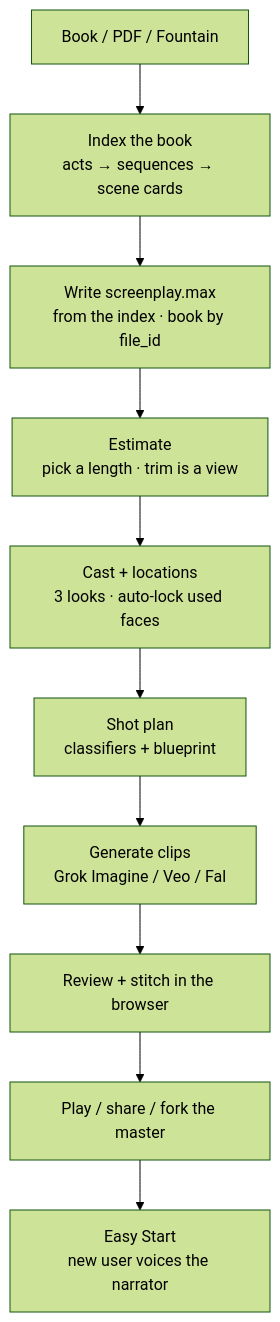
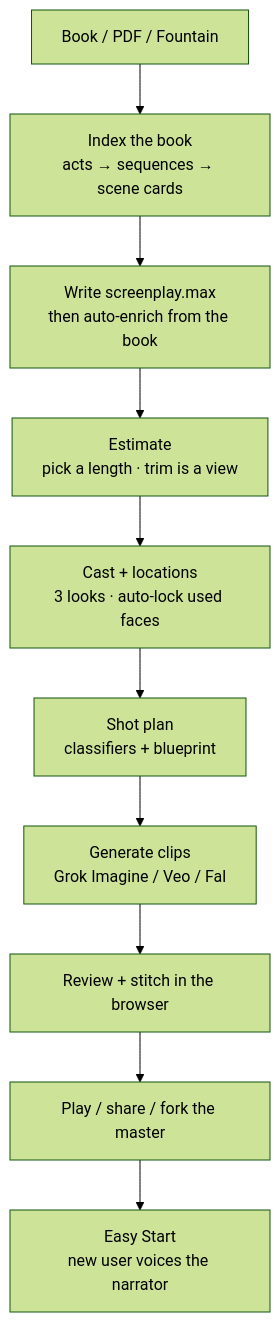
Before and after one commit to budcribar/PageToMovie: the diagram in README.md, drawn with Mermaid (forest theme). The commit also changed other lines of this file, not shown here.

Commit message:
docs: enrich is automatic; README links the state-machine doc

````diff
--- a/README.md
+++ b/README.md
@@ -59,12 +59,12 @@
 ```mermaid
 flowchart TD
     A["Book / PDF / Fountain"] --> B["Index the book<br/>acts → sequences → scene cards"]
-    B --> C["Write screenplay.max<br/>from the index · book by file_id"]
+    B --> C["Write screenplay.max<br/>then auto-enrich from the book"]
     C --> D["Estimate<br/>pick a length · trim is a view"]
     D --> E["Cast + locations<br/>3 looks · auto-lock used faces"]
     E --> F["Shot plan<br/>classifiers + blueprint"]
     F --> G["Generate clips<br/>Grok Imagine / Veo / Fal"]
     G --> H["Review + stitch in the browser"]
     H --> I["Play / share / fork the master"]
     I --> J["Easy Start<br/>new user voices the narrator"]
 ```
````
